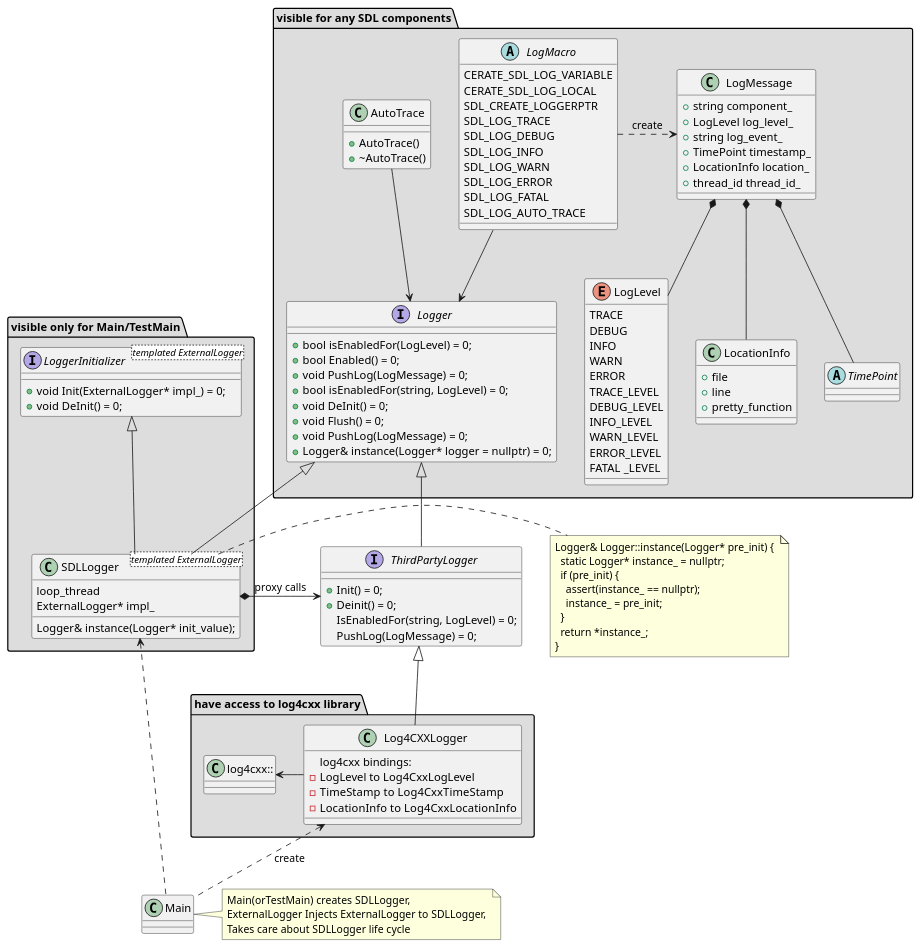
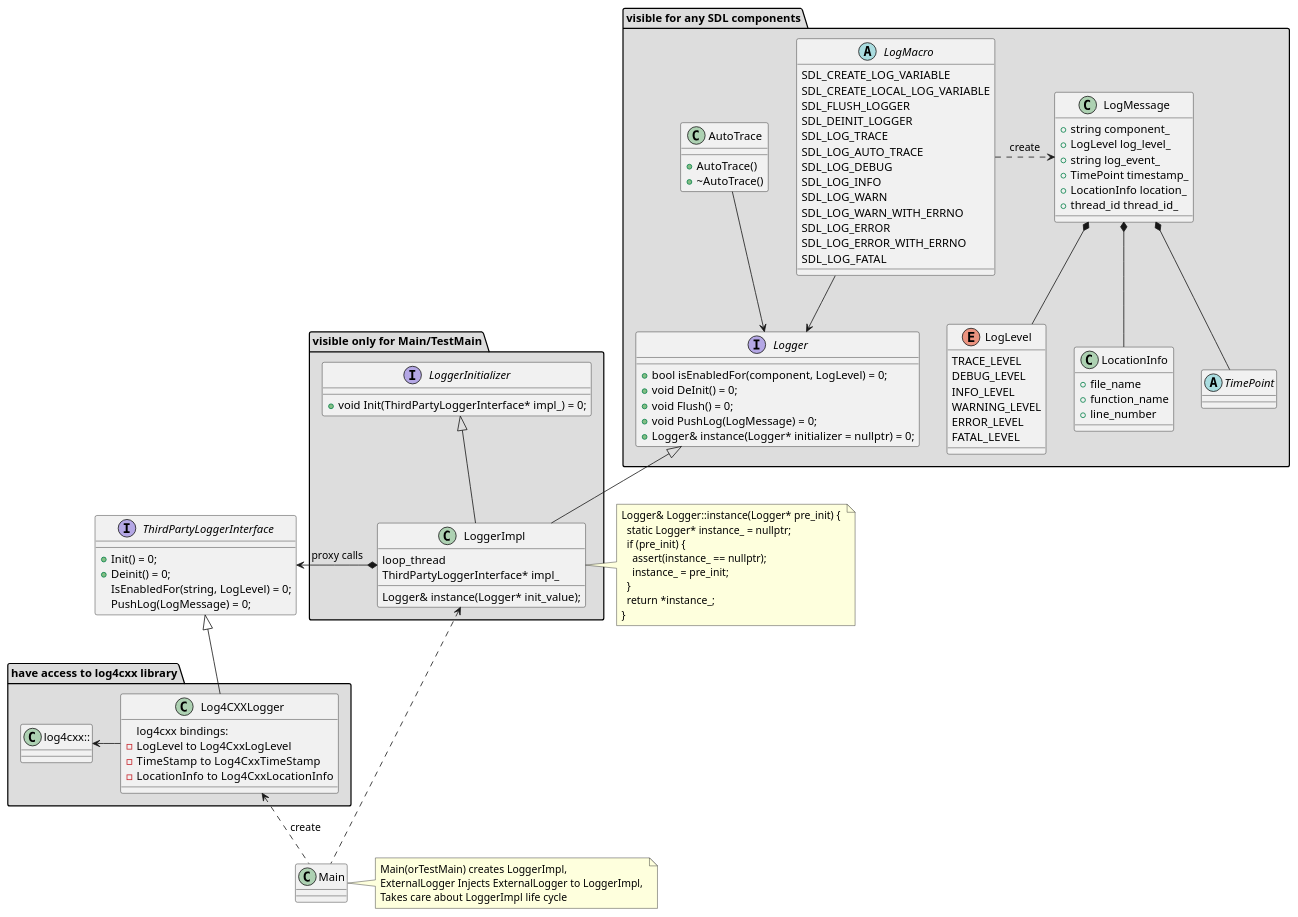
Before and after one commit to LuxoftSDL/sdl_core_guides: the diagram in docs/Developer Documentation/Logger/assets/detailed_logger_design.puml, drawn with PlantUML. The commit also changed 4 other files, not shown here.

```diff
--- a/docs/Developer Documentation/Logger/assets/detailed_logger_design.puml
+++ b/docs/Developer Documentation/Logger/assets/detailed_logger_design.puml
@@ -1,146 +1,138 @@
 @startuml
 
 
 package "visible for any SDL components" #DDDDDD {
 
 interface Logger {
-  + bool isEnabledFor(LogLevel) = 0;
-  + bool Enabled() = 0;
-  + void PushLog(LogMessage) = 0;
-  + bool isEnabledFor(string, LogLevel) = 0;
+  + bool isEnabledFor(component, LogLevel) = 0;
   + void DeInit() = 0;
   + void Flush() = 0;
   + void PushLog(LogMessage) = 0;
-  + Logger& instance(Logger* logger = nullptr) = 0;
+  + Logger& instance(Logger* initializer = nullptr) = 0;
 }
 
 class AutoTrace {
   + AutoTrace()
   + ~AutoTrace()
 }
 
 class LocationInfo {
-  + file
-  + line
-  + pretty_function
+  + file_name
+  + function_name
+  + line_number
 }
 
 abstract TimePoint{}
 
 class LogMessage {
   + string component_
   + LogLevel log_level_
   + string log_event_
   + TimePoint timestamp_
   + LocationInfo location_
   + thread_id thread_id_
 }
 
 
 enum  LogLevel { 
-    TRACE
-    DEBUG
-    INFO
-    WARN
-    ERROR
-    TRACE_LEVEL
-    DEBUG_LEVEL
-    INFO_LEVEL
-    WARN_LEVEL
-    ERROR_LEVEL
-    FATAL _LEVEL
+  TRACE_LEVEL
+  DEBUG_LEVEL
+  INFO_LEVEL
+  WARNING_LEVEL
+  ERROR_LEVEL
+  FATAL_LEVEL
 }
 
 abstract LogMacro {
-  CERATE_SDL_LOG_VARIABLE
-  CERATE_SDL_LOG_LOCAL
-  SDL_CREATE_LOGGERPTR
+  SDL_CREATE_LOG_VARIABLE
+  SDL_CREATE_LOCAL_LOG_VARIABLE
+  SDL_FLUSH_LOGGER
+  SDL_DEINIT_LOGGER
   SDL_LOG_TRACE
+  SDL_LOG_AUTO_TRACE
   SDL_LOG_DEBUG
   SDL_LOG_INFO
   SDL_LOG_WARN
+  SDL_LOG_WARN_WITH_ERRNO
   SDL_LOG_ERROR
+  SDL_LOG_ERROR_WITH_ERRNO
   SDL_LOG_FATAL
-  SDL_LOG_AUTO_TRACE
 }
 
 AutoTrace -down-> Logger
 LogMacro  -down-> Logger
 LogMacro .right.> LogMessage : create
 LogMessage *-- LocationInfo
 LogMessage *-- TimePoint
 LogMessage *-- LogLevel
 }
 
-interface ThirdPartyLogger {
+
+interface ThirdPartyLoggerInterface {
   + Init() = 0;
   + Deinit() = 0;
   IsEnabledFor(string, LogLevel) = 0;
   PushLog(LogMessage) = 0;
 }
-
-ThirdPartyLogger -up-|> Logger 
-
 
 
 package "have access to log4cxx library" #DDDDDD {
 
 class Log4CXXLogger  {
   log4cxx bindings:
   - LogLevel to Log4CxxLogLevel 
   - TimeStamp  to Log4CxxTimeStamp
   - LocationInfo  to Log4CxxLocationInfo
 }
 
+Log4CXXLogger -up-|> ThirdPartyLoggerInterface
 class "log4cxx::" as log4cxx
 log4cxx <-right- Log4CXXLogger
 
 }
 
 
 package "visible only for Main/TestMain" #DDDDDD {
 
-interface LoggerInitializer <templated ExternalLogger> {
-  + void Init(ExternalLogger* impl_) = 0;
-  + void DeInit() = 0;
+interface LoggerInitializer  {
+  + void Init(ThirdPartyLoggerInterface* impl_) = 0;
 }
 
 
-class SDLLogger <templated ExternalLogger> {
+class LoggerImpl  {
   loop_thread
-  ExternalLogger* impl_
+  ThirdPartyLoggerInterface* impl_
   Logger& instance(Logger* init_value);
 }
 
 }
  
 note "\
 Logger& Logger::instance(Logger* pre_init) { \n\
   static Logger* instance_ = nullptr; \n\
   if (pre_init) { \n\
     assert(instance_ == nullptr);\n\
     instance_ = pre_init;\n\
   }\n\
   return *instance_;\n\
 }" as N1
-SDLLogger .right. N1 
+LoggerImpl .right. N1 
 
-SDLLogger -up-|> Logger
-SDLLogger -up-|> LoggerInitializer
+LoggerImpl -up-|> Logger
+LoggerImpl -up-|> LoggerInitializer
 
-Log4CXXLogger -up-|> ThirdPartyLogger
 
-SDLLogger *-left-> ThirdPartyLogger : proxy calls
+LoggerImpl *-left-> ThirdPartyLoggerInterface : proxy calls
 
 
 
 class Main
 
-Main .up.> SDLLogger  
+Main .up.> LoggerImpl  
 Main  .up.> Log4CXXLogger : create
-note "Main(orTestMain) creates SDLLogger,  \n\
-ExternalLogger Injects ExternalLogger to SDLLogger, \n\
-Takes care about SDLLogger life cycle" as N2
+note "Main(orTestMain) creates LoggerImpl,  \n\
+ExternalLogger Injects ExternalLogger to LoggerImpl, \n\
+Takes care about LoggerImpl life cycle" as N2
 
 N2 .left. Main
 @enduml
```
